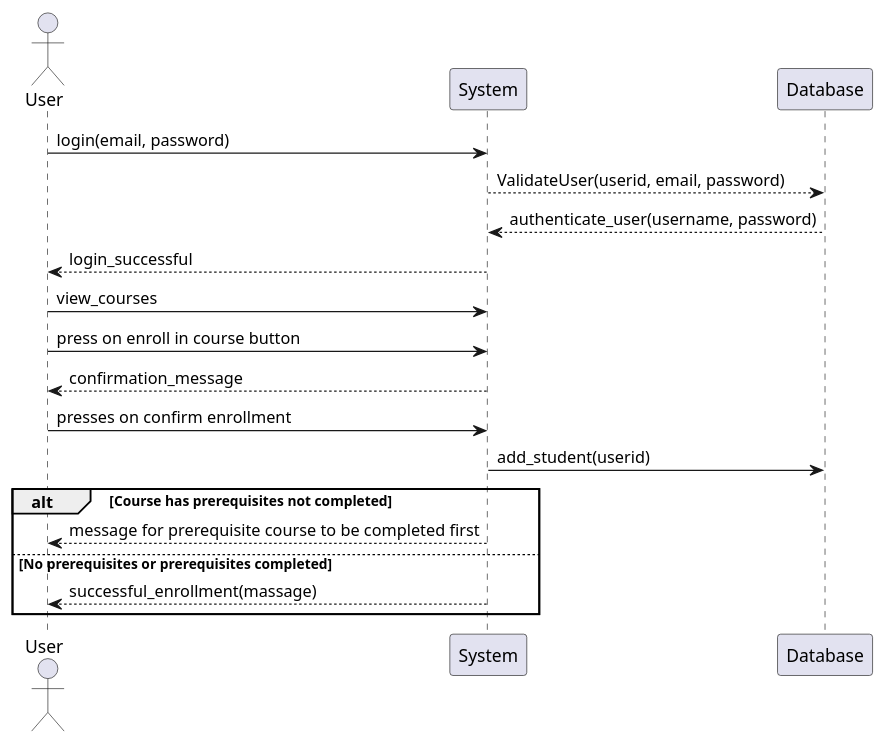
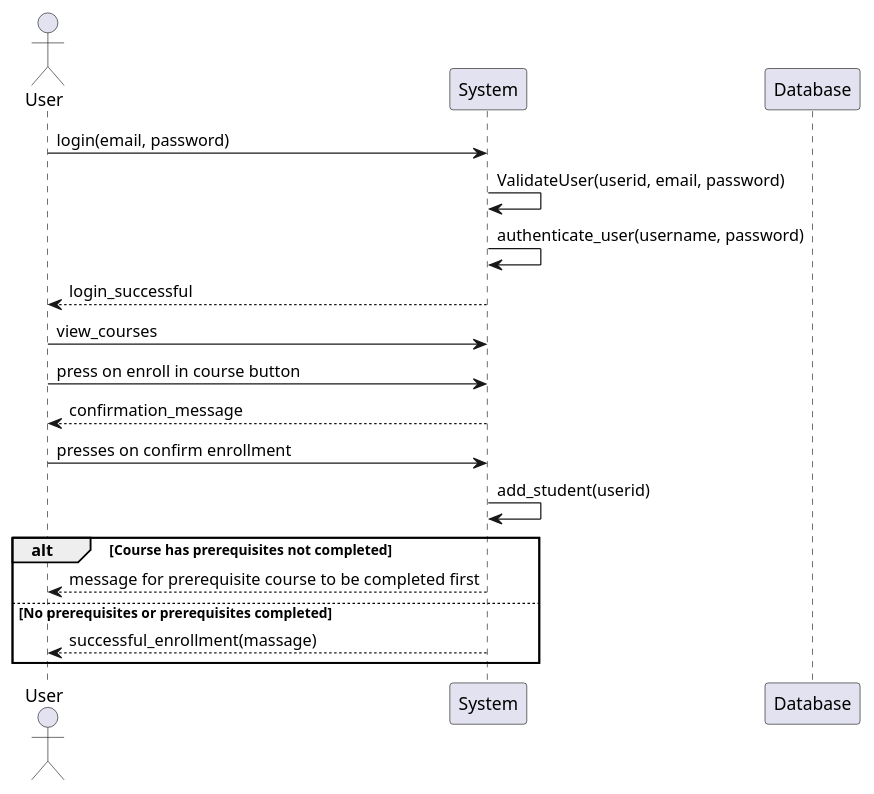
One commit to Noureqo1/Banana-brain-learning changed the diagram in documentation/sequence_diagram_2.puml. Above: the diagram before and after it, drawn with PlantUML. The commit also changed 3 other files, not shown here.

Commit message:
implemented class diagram

```diff
--- a/documentation/sequence_diagram_2.puml
+++ b/documentation/sequence_diagram_2.puml
@@ -1,19 +1,19 @@
 @startuml
 actor User
 participant System
 participant Database
 User -> System: login(email, password)
-System --> Database: ValidateUser(userid, email, password)
-Database --> System: authenticate_user(username, password)
+System -> System: ValidateUser(userid, email, password)
+System -> System: authenticate_user(username, password)
 System --> User: login_successful
 User -> System: view_courses
 User -> System: press on enroll in course button
     System --> User: confirmation_message
     User -> System: presses on confirm enrollment
-    System -> Database: add_student(userid)
+    System -> System: add_student(userid)
 alt Course has prerequisites not completed
     System --> User: message for prerequisite course to be completed first
 else No prerequisites or prerequisites completed
 System --> User: successful_enrollment(massage)
 end
 @enduml
```
